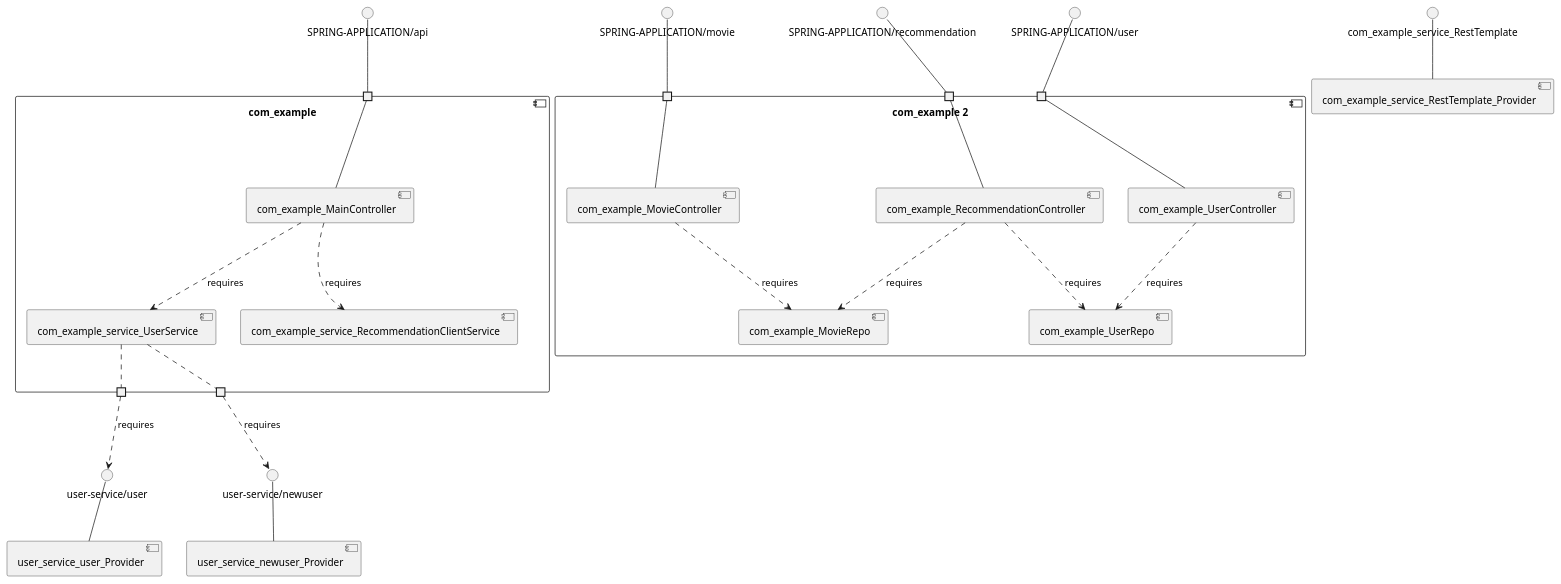
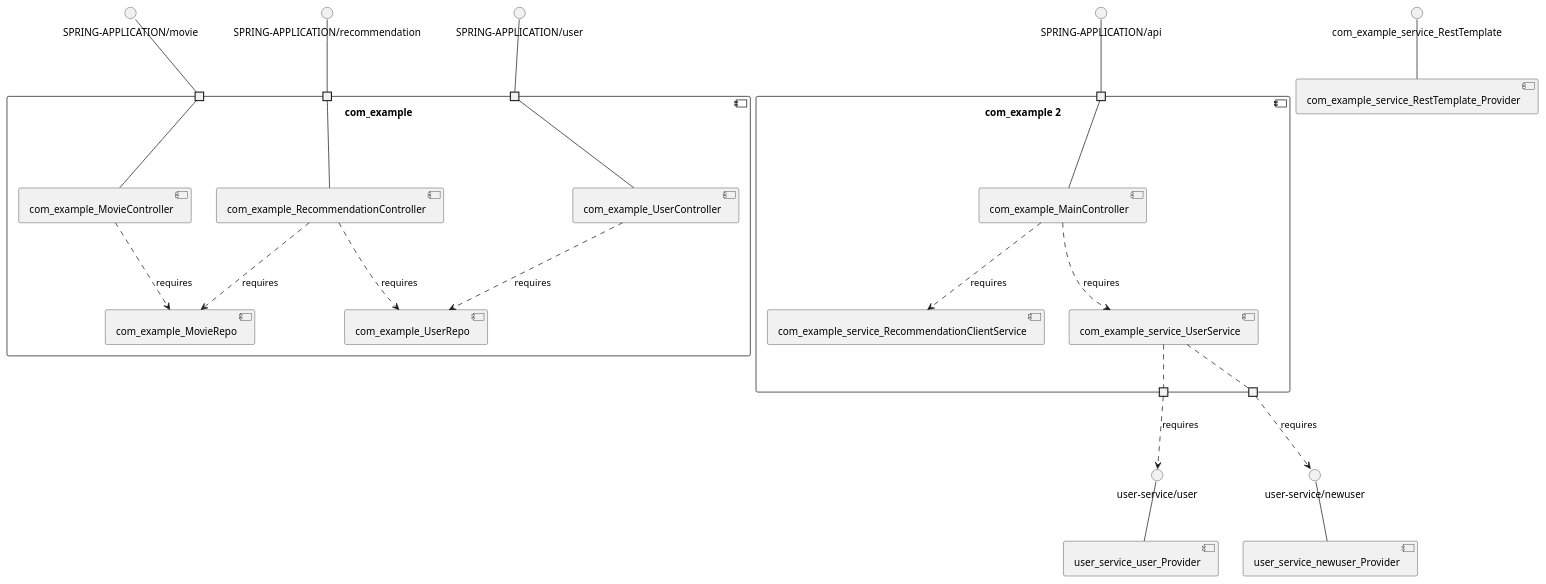
The diagram in mdeket-spring-cloud-movie-recommendation/model_re/uml/componentDiagram.puml (View-Based-Reverse-Engineering/Retriever-Benchmark), drawn with PlantUML before and after one commit. The commit also changed 90 other files, not shown here.

```diff
--- a/mdeket-spring-cloud-movie-recommendation/model_re/uml/componentDiagram.puml
+++ b/mdeket-spring-cloud-movie-recommendation/model_re/uml/componentDiagram.puml
@@ -1,53 +1,53 @@
 @startuml
 skinparam fixCircleLabelOverlapping true
 skinparam componentStyle uml2
 component "com_example\n\n\n\n\n\n" {
+[com_example_RecommendationController]
+[com_example_UserRepo]
+[com_example_UserController]
+[com_example_MovieRepo]
+[com_example_MovieController]
+portin " " as com_example_requires_SPRING_APPLICATION_recommendation
+portin " " as com_example_requires_SPRING_APPLICATION_movie
+portin " " as com_example_requires_SPRING_APPLICATION_user
+[com_example_UserController]..>[com_example_UserRepo] : requires
+[com_example_RecommendationController]..>[com_example_UserRepo] : requires
+[com_example_RecommendationController]..>[com_example_MovieRepo] : requires
+[com_example_MovieController]..>[com_example_MovieRepo] : requires
+"com_example_requires_SPRING_APPLICATION_movie"--[com_example_MovieController]
+"com_example_requires_SPRING_APPLICATION_user"--[com_example_UserController]
+"com_example_requires_SPRING_APPLICATION_recommendation"--[com_example_RecommendationController]
+}
+interface "SPRING-APPLICATION/movie" as interface.SPRING_APPLICATION_movie
+interface.SPRING_APPLICATION_movie--"com_example_requires_SPRING_APPLICATION_movie"
+interface "SPRING-APPLICATION/recommendation" as interface.SPRING_APPLICATION_recommendation
+interface.SPRING_APPLICATION_recommendation--"com_example_requires_SPRING_APPLICATION_recommendation"
+interface "SPRING-APPLICATION/user" as interface.SPRING_APPLICATION_user
+interface.SPRING_APPLICATION_user--"com_example_requires_SPRING_APPLICATION_user"
+component "com_example 2\n\n\n\n\n\n" {
 [com_example_MainController]
+[com_example_service_UserService]
 [com_example_service_RecommendationClientService]
-[com_example_service_UserService]
-portin " " as com_example_requires_SPRING_APPLICATION_api
-portout " " as com_example_provides_user_service_user
-portout " " as com_example_provides_user_service_newuser
+portin " " as com_example_2_requires_SPRING_APPLICATION_api
+portout " " as com_example_2_provides_user_service_user
+portout " " as com_example_2_provides_user_service_newuser
 [com_example_MainController]..>[com_example_service_RecommendationClientService] : requires
 [com_example_MainController]..>[com_example_service_UserService] : requires
-"com_example_requires_SPRING_APPLICATION_api"--[com_example_MainController]
-[com_example_service_UserService].."com_example_provides_user_service_newuser"
-[com_example_service_UserService].."com_example_provides_user_service_user"
+"com_example_2_requires_SPRING_APPLICATION_api"--[com_example_MainController]
+[com_example_service_UserService].."com_example_2_provides_user_service_newuser"
+[com_example_service_UserService].."com_example_2_provides_user_service_user"
 }
 interface "SPRING-APPLICATION/api" as interface.SPRING_APPLICATION_api
-interface.SPRING_APPLICATION_api--"com_example_requires_SPRING_APPLICATION_api"
+interface.SPRING_APPLICATION_api--"com_example_2_requires_SPRING_APPLICATION_api"
 interface "user-service/newuser" as interface.user_service_newuser
-"com_example_provides_user_service_newuser"..>interface.user_service_newuser : requires
+"com_example_2_provides_user_service_newuser"..>interface.user_service_newuser : requires
 interface "user-service/user" as interface.user_service_user
-"com_example_provides_user_service_user"..>interface.user_service_user : requires
-component "com_example 2\n\n\n\n\n\n" {
-[com_example_MovieController]
-[com_example_UserController]
-[com_example_RecommendationController]
-[com_example_UserRepo]
-[com_example_MovieRepo]
-portin " " as com_example_2_requires_SPRING_APPLICATION_movie
-portin " " as com_example_2_requires_SPRING_APPLICATION_user
-portin " " as com_example_2_requires_SPRING_APPLICATION_recommendation
-[com_example_UserController]..>[com_example_UserRepo] : requires
-[com_example_RecommendationController]..>[com_example_MovieRepo] : requires
-[com_example_MovieController]..>[com_example_MovieRepo] : requires
-[com_example_RecommendationController]..>[com_example_UserRepo] : requires
-"com_example_2_requires_SPRING_APPLICATION_user"--[com_example_UserController]
-"com_example_2_requires_SPRING_APPLICATION_recommendation"--[com_example_RecommendationController]
-"com_example_2_requires_SPRING_APPLICATION_movie"--[com_example_MovieController]
-}
-interface "SPRING-APPLICATION/movie" as interface.SPRING_APPLICATION_movie
-interface.SPRING_APPLICATION_movie--"com_example_2_requires_SPRING_APPLICATION_movie"
-interface "SPRING-APPLICATION/recommendation" as interface.SPRING_APPLICATION_recommendation
-interface.SPRING_APPLICATION_recommendation--"com_example_2_requires_SPRING_APPLICATION_recommendation"
-interface "SPRING-APPLICATION/user" as interface.SPRING_APPLICATION_user
-interface.SPRING_APPLICATION_user--"com_example_2_requires_SPRING_APPLICATION_user"
+"com_example_2_provides_user_service_user"..>interface.user_service_user : requires
 interface "com_example_service_RestTemplate" as interface.com_example_service_RestTemplate
 interface.com_example_service_RestTemplate--[com_example_service_RestTemplate_Provider]
 interface "user-service/newuser" as interface.user_service_newuser
 interface.user_service_newuser--[user_service_newuser_Provider]
 interface "user-service/user" as interface.user_service_user
 interface.user_service_user--[user_service_user_Provider]
 
 @enduml
```
